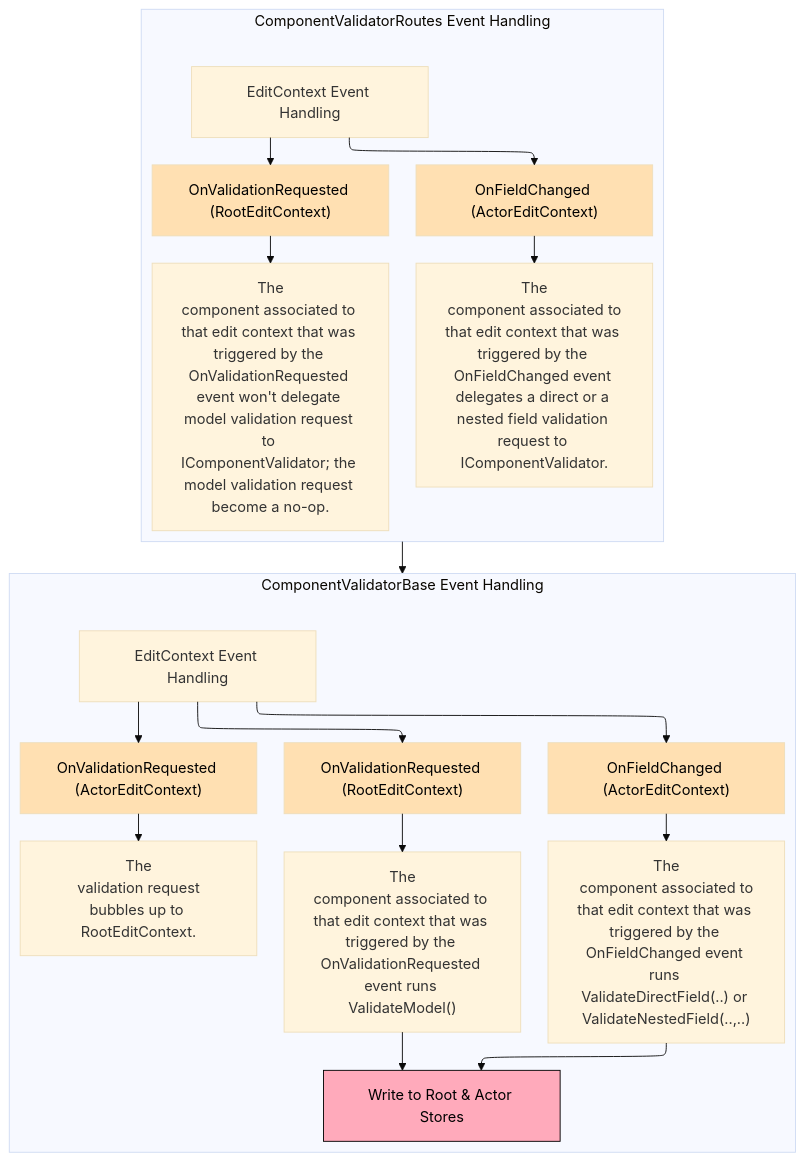
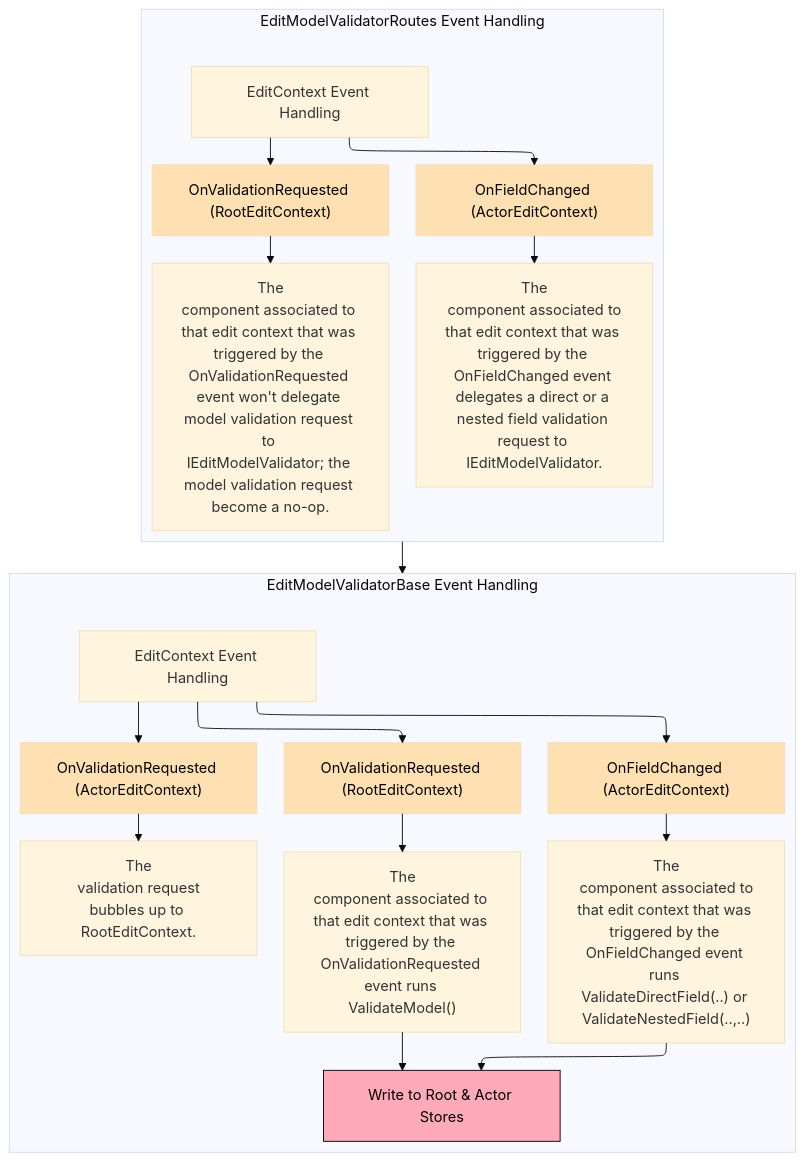
The second of 2 diagrams in src/Tenekon.FluentValidation.Extensions.AspNetCore.Components/FLOWLOGIC.md (tenekon/Tenekon.FluentValidation.Extensions), drawn with Mermaid before and after one commit. The commit also changed other lines of this file and 20 other files, not shown here.

First line of the commit message:
refactor!: rebranded ComponentValidator to EditModelValidator

````diff
--- a/src/Tenekon.FluentValidation.Extensions.AspNetCore.Components/FLOWLOGIC.md
+++ b/src/Tenekon.FluentValidation.Extensions.AspNetCore.Components/FLOWLOGIC.md
@@ -145,60 +145,60 @@
 ```mermaid
 ---
 config:
   layout: elk
   theme: base
   look: classic
 ---
 flowchart TD
- subgraph s8["ComponentValidatorRoutes Event Handling"]
+ subgraph s8["EditModelValidatorRoutes Event Handling"]
         n16["OnValidationRequested (RootEditContext)"]
-        n17@{ label: "<span style=\"padding-left:\">The\n component associated to that edit context that was triggered by the \nOnValidationRequested event won't delegate model validation request to \nIComponentValidator; the model validation request become a no-op.</span>" }
+        n17@{ label: "<span style=\"padding-left:\">The\n component associated to that edit context that was triggered by the \nOnValidationRequested event won't delegate model validation request to \nIEditModelValidator; the model validation request become a no-op.</span>" }
         n18["OnFieldChanged (ActorEditContext)"]
         n19["The
  component associated to that edit context that was triggered by the 
-OnFieldChanged event delegates a direct or a nested field validation request to IComponentValidator."]
+OnFieldChanged event delegates a direct or a nested field validation request to IEditModelValidator."]
         n20["EditContext Event Handling"]
   end
- subgraph s9["ComponentValidatorBase Event Handling"]
+ subgraph s9["EditModelValidatorBase Event Handling"]
         n21["OnValidationRequested (ActorEditContext)"]
         n22["The
  validation request bubbles up to RootEditContext."]
         n23["Write to Root & Actor Stores"]
         n24["OnFieldChanged (ActorEditContext)"]
         n25["The
  component associated to that edit context that was triggered by the 
 OnFieldChanged event runs ValidateDirectField(..) or ValidateNestedField(..,..)"]
         n32["OnValidationRequested (RootEditContext)"]
         n33@{ label: "<span style=\"padding-left:\">The\n component associated to that edit context that was triggered by the \nOnValidationRequested event runs ValidateModel()</span>" }
         n34["EditContext Event Handling"]
   end
     n16 --> n17
     n18 --> n19
     n20 --> n18 & n16
     n21 --> n22
     n24 --> n25
     n25 --> n23
     n32 --> n33
     n33 --> n23
     n34 --> n21 & n24 & n32
     s8 --> s9
     n16@{ shape: rect}
     n17@{ shape: rect}
     n18@{ shape: rect}
     n19@{ shape: rect}
     n20@{ shape: rect}
     n21@{ shape: rect}
     n22@{ shape: rect}
     n23@{ shape: rect}
     n24@{ shape: rect}
     n25@{ shape: rect}
     n32@{ shape: rect}
     n33@{ shape: rect}
     n34@{ shape: rect}
     style n16 fill:#FFE0B2,color:#000000
     style n18 fill:#FFE0B2,color:#000000
     style n21 fill:#FFE0B2,color:#000000
     style n23 fill:#fab,stroke:#000,stroke-width:1px,color:#000000
     style n24 fill:#FFE0B2,color:#000000
     style n32 fill:#FFE0B2,color:#000000
 ```
````
